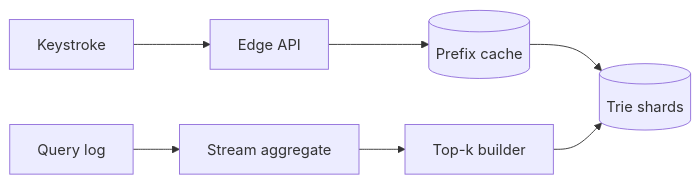
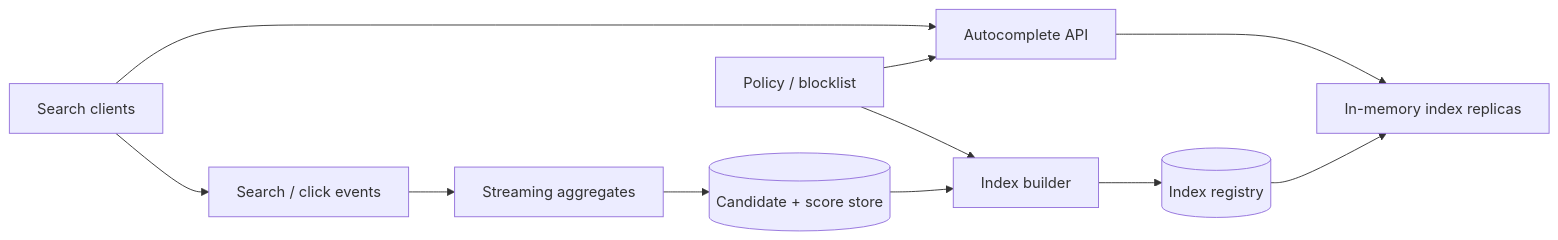
Before and after one commit to yangzichao/www: the diagram in src/content/blog/system-design/search-autocomplete.md, drawn with Mermaid. The commit also changed other lines of this file and 9 other files, not shown here.

````diff
--- a/src/content/blog/system-design/search-autocomplete.md
+++ b/src/content/blog/system-design/search-autocomplete.md
@@ -78,9 +185,13 @@
 ```mermaid
 flowchart LR
-  U[Keystroke] --> E[Edge API]
-  E --> C[(Prefix cache)]
-  C --> T[(Trie shards)]
-  L[Query log] --> S[Stream aggregate]
-  S --> B[Top-k builder]
-  B --> T
+  U[Search clients] --> API[Autocomplete API]
+  API --> I[In-memory index replicas]
+  U --> E[Search / click events]
+  E --> S[Streaming aggregates]
+  S --> C[(Candidate + score store)]
+  C --> B[Index builder]
+  B --> R[(Index registry)]
+  R --> I
+  P[Policy / blocklist] --> API
+  P --> B
 ```
````
